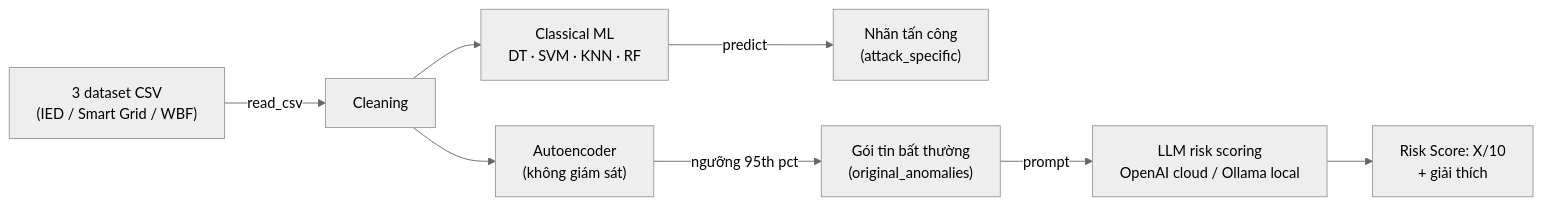
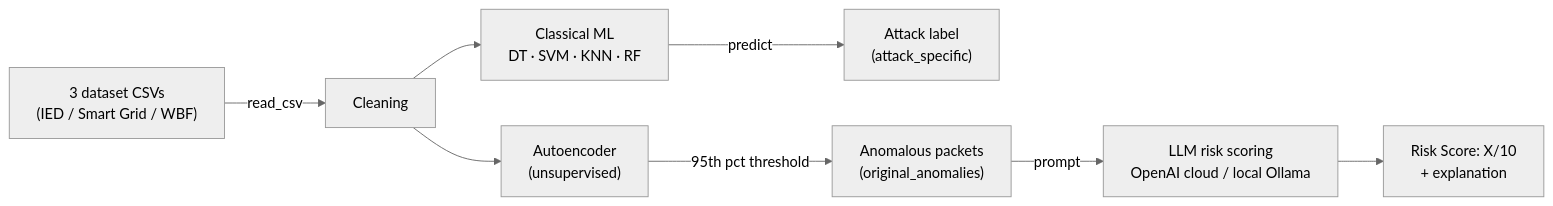
Before and after one commit to sanhvv/modbus-ids-autoencoder: the diagram in README.md, drawn with Mermaid (neutral theme). The commit also changed other lines of this file and 7 other files, not shown here.

````diff
--- a/README.md
+++ b/README.md
@@ -20,10 +20,10 @@
 ```mermaid
 flowchart LR
-    A["3 dataset CSV\n(IED / Smart Grid / WBF)"] -->|read_csv| B[Cleaning]
+    A["3 dataset CSVs\n(IED / Smart Grid / WBF)"] -->|read_csv| B[Cleaning]
     B --> C["Classical ML\nDT · SVM · KNN · RF"]
-    C -->|predict| D["Nhãn tấn công\n(attack_specific)"]
-    B --> E["Autoencoder\n(không giám sát)"]
-    E -->|ngưỡng 95th pct| F["Gói tin bất thường\n(original_anomalies)"]
-    F -->|prompt| G["LLM risk scoring\nOpenAI cloud / Ollama local"]
-    G --> H["Risk Score: X/10\n+ giải thích"]
+    C -->|predict| D["Attack label\n(attack_specific)"]
+    B --> E["Autoencoder\n(unsupervised)"]
+    E -->|95th pct threshold| F["Anomalous packets\n(original_anomalies)"]
+    F -->|prompt| G["LLM risk scoring\nOpenAI cloud / local Ollama"]
+    G --> H["Risk Score: X/10\n+ explanation"]
 ```
````
